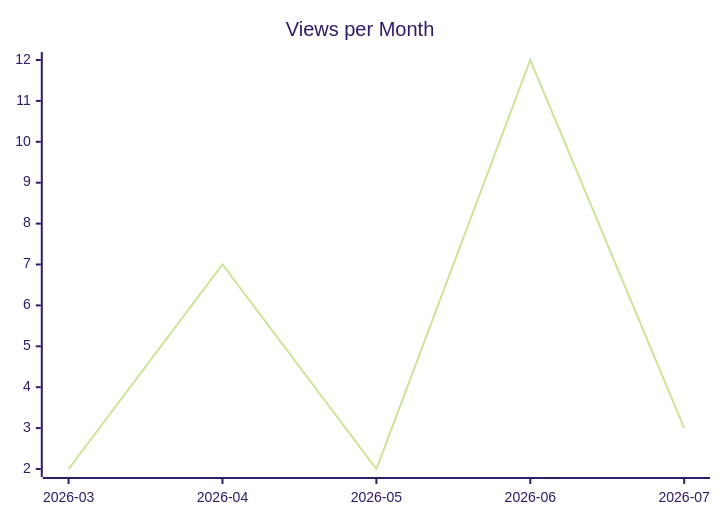
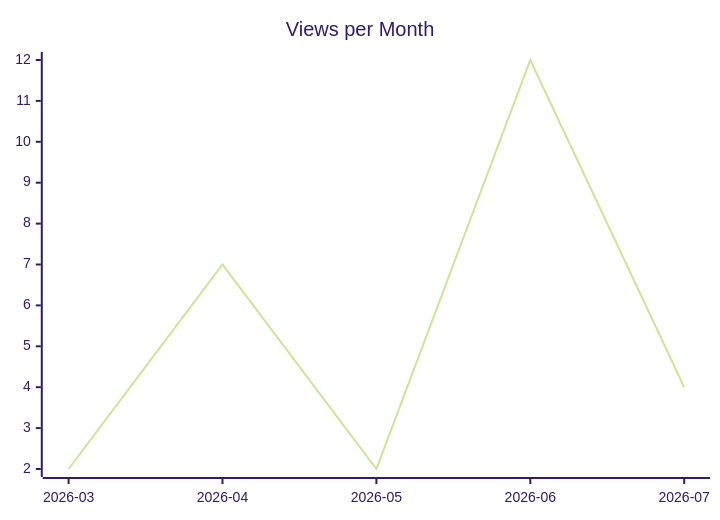
The second of 3 diagrams in karlmdavis/fhir-benchmarks/README.md (justdavis-family/github-analytics-data), drawn with Mermaid (forest theme) before and after one commit. The commit also changed other lines of this file and 186 other files, not shown here.

````diff
--- a/karlmdavis/fhir-benchmarks/README.md
+++ b/karlmdavis/fhir-benchmarks/README.md
@@ -12,6 +12,6 @@
 ```mermaid
 xychart-beta
   title "Views per Month"
   x-axis ["2026-03", "2026-04", "2026-05", "2026-06", "2026-07"]
-  line [2, 7, 2, 12, 3]
+  line [2, 7, 2, 12, 4]
 ```
````
